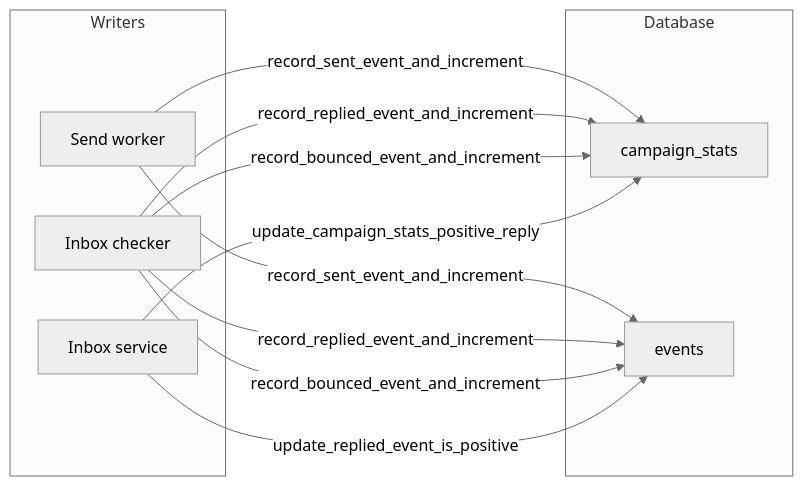
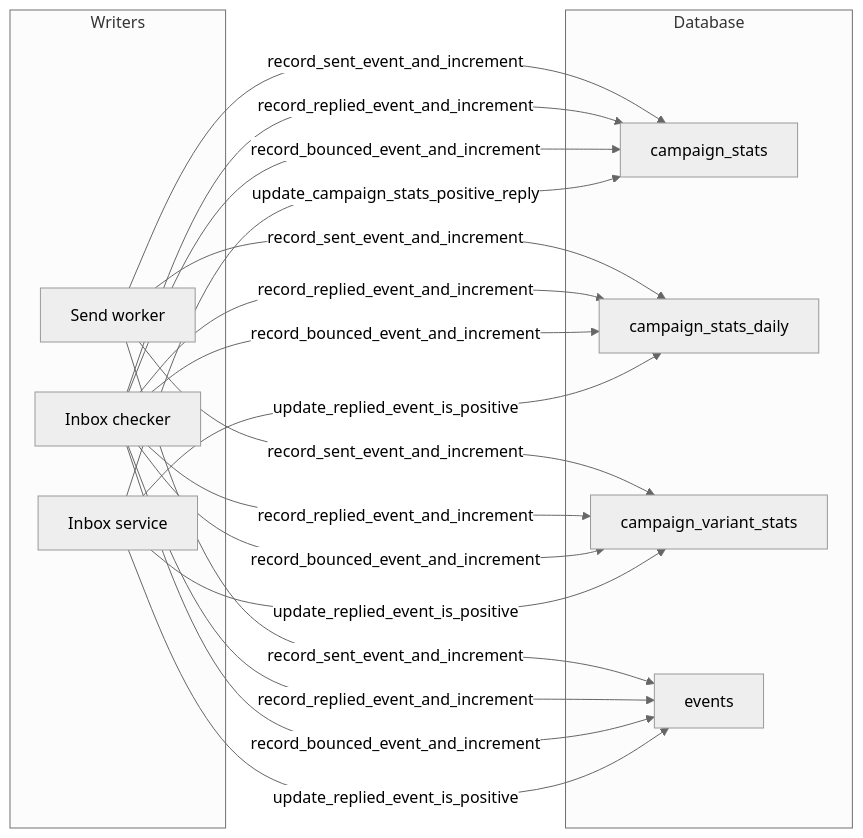
The diagram in docs/implementation/campaign-stats/CAMPAIGN_STATS_CALCULATIONS.md (PorterG2003/FurnaceBuild), drawn with Mermaid (neutral theme) before and after one commit. The commit also changed other lines of this file and 12 other files, not shown here.

````diff
--- a/docs/implementation/campaign-stats/CAMPAIGN_STATS_CALCULATIONS.md
+++ b/docs/implementation/campaign-stats/CAMPAIGN_STATS_CALCULATIONS.md
@@ -108,20 +110,30 @@
 ```mermaid
 flowchart LR
   subgraph writers [Writers]
     SendWorker[Send worker]
     InboxChecker[Inbox checker]
     InboxService[Inbox service]
   end
   subgraph db [Database]
     CampaignStats[campaign_stats]
+    Daily[campaign_stats_daily]
+    Variant[campaign_variant_stats]
     Events[events]
   end
   SendWorker -->|"record_sent_event_and_increment"| CampaignStats
+  SendWorker -->|"record_sent_event_and_increment"| Daily
+  SendWorker -->|"record_sent_event_and_increment"| Variant
   SendWorker -->|"record_sent_event_and_increment"| Events
   InboxChecker -->|"record_replied_event_and_increment"| CampaignStats
+  InboxChecker -->|"record_replied_event_and_increment"| Daily
+  InboxChecker -->|"record_replied_event_and_increment"| Variant
   InboxChecker -->|"record_replied_event_and_increment"| Events
   InboxChecker -->|"record_bounced_event_and_increment"| CampaignStats
+  InboxChecker -->|"record_bounced_event_and_increment"| Daily
+  InboxChecker -->|"record_bounced_event_and_increment"| Variant
   InboxChecker -->|"record_bounced_event_and_increment"| Events
   InboxService -->|"update_campaign_stats_positive_reply"| CampaignStats
   InboxService -->|"update_replied_event_is_positive"| Events
+  InboxService -->|"update_replied_event_is_positive"| Daily
+  InboxService -->|"update_replied_event_is_positive"| Variant
 ```
````
